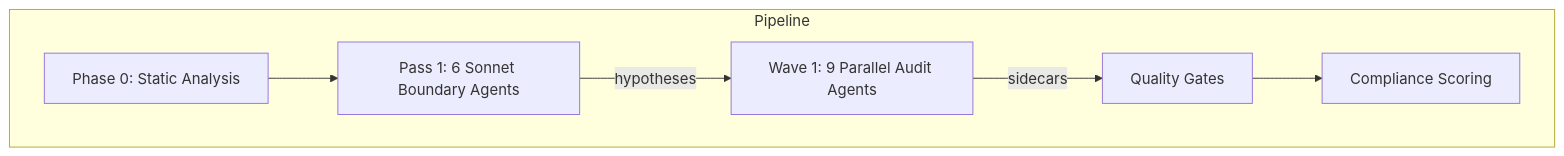
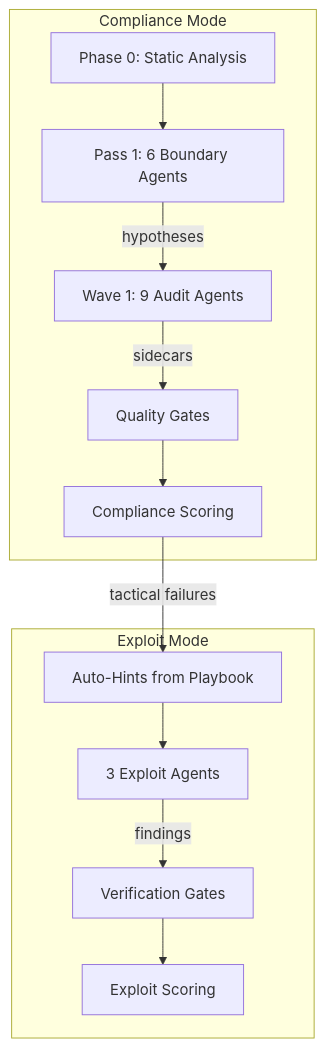
One commit to 0xquinto/limit-break-amm changed the diagram in README.md. Above: the diagram before and after it, drawn with Mermaid. The commit also changed other lines of this file, not shown here.

Commit message:
docs: update README with two-mode architecture, exploit agents, verification gates, findings

````diff
--- a/README.md
+++ b/README.md
@@ -30,14 +38,24 @@
 ```mermaid
 graph TB
-    subgraph Pipeline
+    subgraph Compliance Mode
         Phase0[Phase 0: Static Analysis]
-        Pass1[Pass 1: 6 Sonnet Boundary Agents]
-        Wave1[Wave 1: 9 Parallel Audit Agents]
-        Gates[Quality Gates]
+        Pass1[Pass 1: 6 Boundary Agents]
+        Wave1[Wave 1: 9 Audit Agents]
+        CGates[Quality Gates]
         Score[Compliance Scoring]
+    end
+    subgraph Exploit Mode
+        Hints[Auto-Hints from Playbook]
+        Exploit[3 Exploit Agents]
+        EGates[Verification Gates]
+        EScore[Exploit Scoring]
     end
     Phase0 --> Pass1
     Pass1 -->|hypotheses| Wave1
-    Wave1 -->|sidecars| Gates
-    Gates --> Score
+    Wave1 -->|sidecars| CGates
+    CGates --> Score
+    Score -->|tactical failures| Hints
+    Hints --> Exploit
+    Exploit -->|findings| EGates
+    EGates --> EScore
 ```
````
